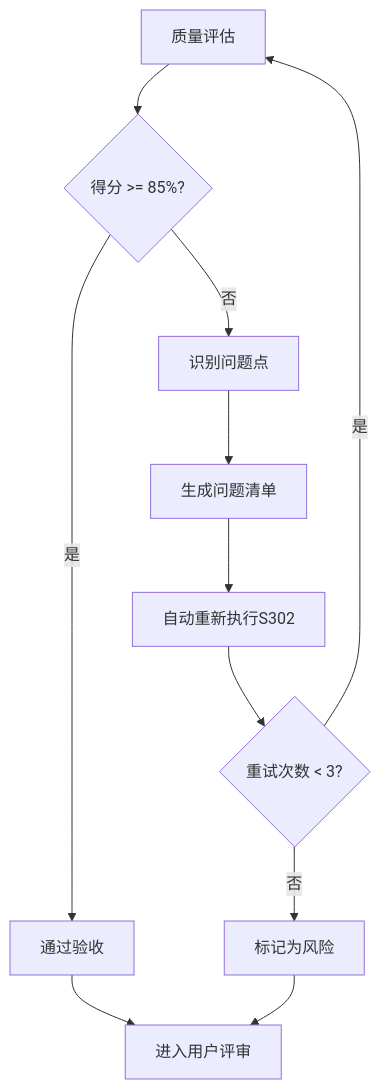
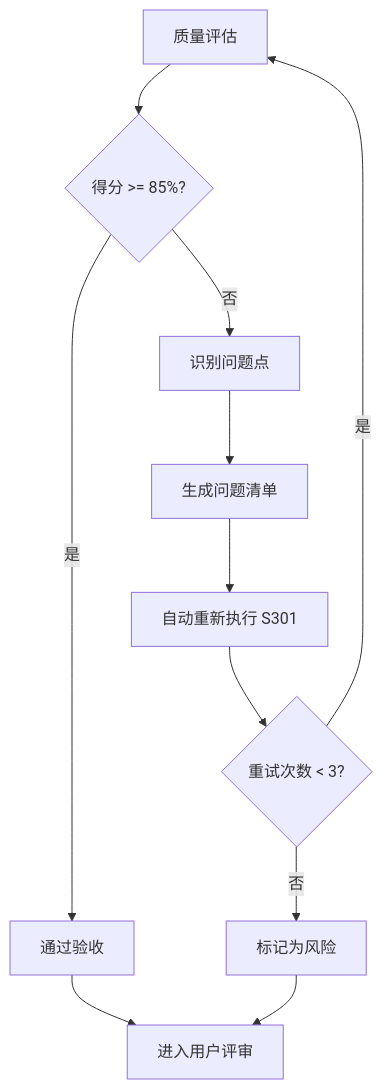
Before and after one commit to HeartFlying/swf: the second of 2 diagrams in skills/s3-feasibility/SKILL.md, drawn with Mermaid. The commit also changed other lines of this file and 33 other files, not shown here.

````diff
--- a/skills/s3-feasibility/SKILL.md
+++ b/skills/s3-feasibility/SKILL.md
@@ -250,13 +246,13 @@
 ```mermaid
 flowchart TD
     Evaluate[质量评估] --> Score{得分 >= 85%?}
     Score -->|是| Pass[通过验收]
     Score -->|否| Identify[识别问题点]
     Identify --> List[生成问题清单]
-    List --> ReExecute[自动重新执行S302]
+    List --> ReExecute[自动重新执行 S301]
     ReExecute --> Retry{重试次数 < 3?}
     Retry -->|是| Evaluate
     Retry -->|否| Risk[标记为风险]
     Pass --> UserReview[进入用户评审]
     Risk --> UserReview
 ```
````
